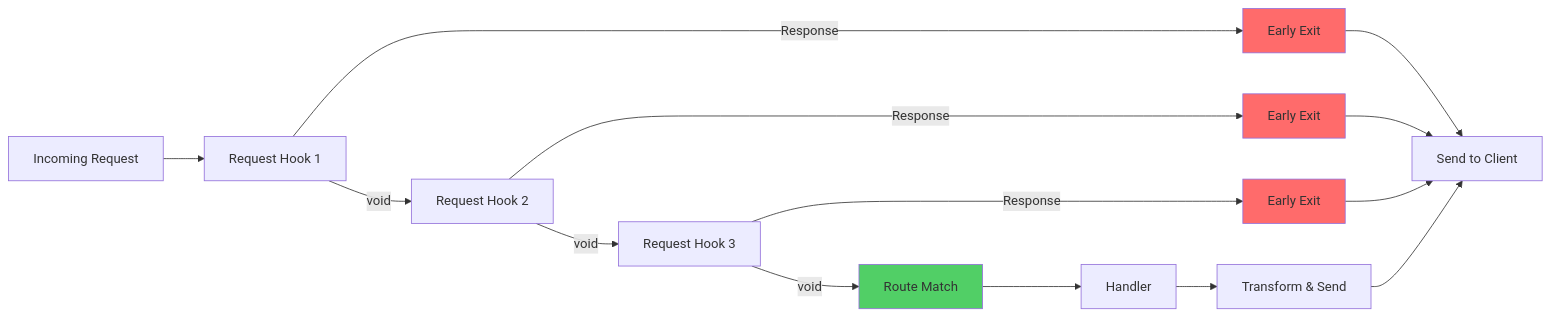
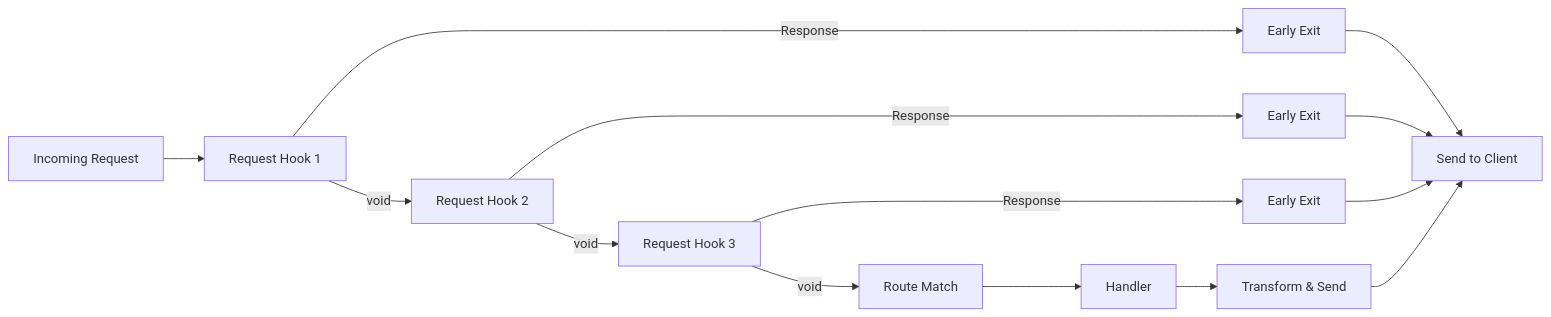
The diagram in docs/guides/diagrams/request-hook-flow.md (minima-js/minimajs), drawn with Mermaid before and after one commit. The commit also changed 19 other files, not shown here.

````diff
--- a/docs/guides/diagrams/request-hook-flow.md
+++ b/docs/guides/diagrams/request-hook-flow.md
@@ -1,21 +1,23 @@
 ```mermaid
 graph LR
     A[Incoming Request] --> B[Request Hook 1]
     B -->|Response| Exit1[Early Exit]
     B -->|void| C[Request Hook 2]
     C -->|Response| Exit2[Early Exit]
     C -->|void| D[Request Hook 3]
     D -->|Response| Exit3[Early Exit]
     D -->|void| E[Route Match]
 
     E --> F[Handler]
     F --> G[Transform & Send]
 
     Exit1 & Exit2 & Exit3 --> H[Send to Client]
     G --> H
 
-    style Exit1 fill:#ff6b6b
-    style Exit2 fill:#ff6b6b
-    style Exit3 fill:#ff6b6b
-    style E fill:#51cf66
+    class A info
+    class B,C,D accent
+    class E,F neutral
+    class G,H success
+    class Exit1,Exit2,Exit3 danger
+
 ```
````
